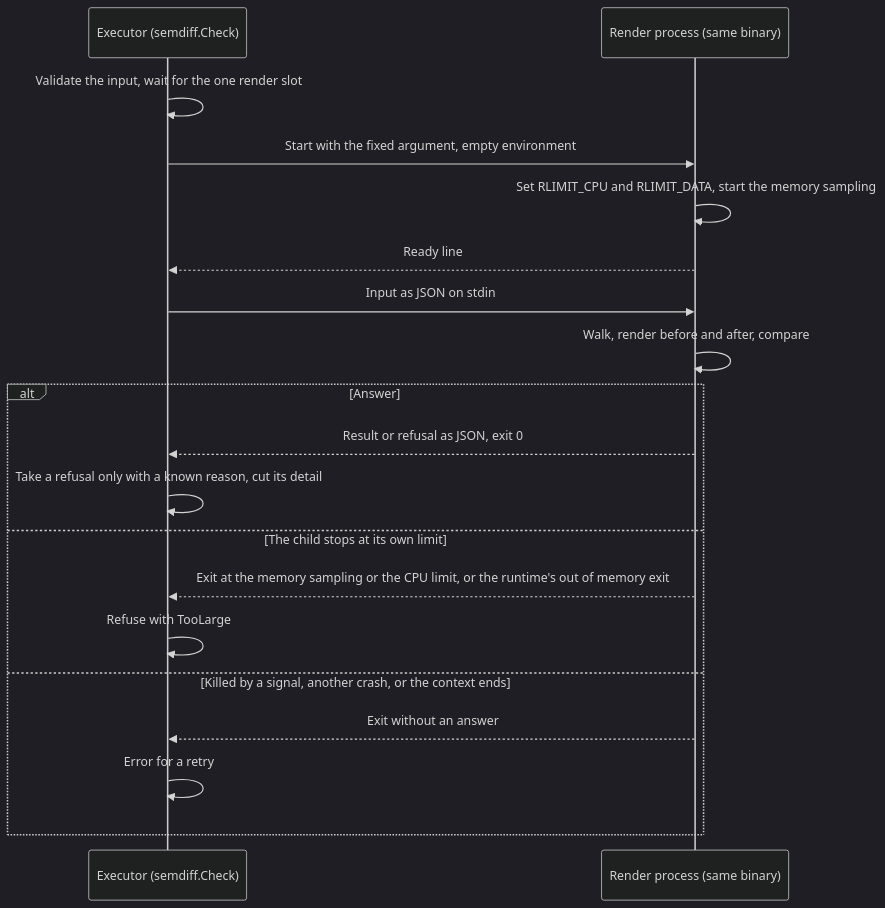
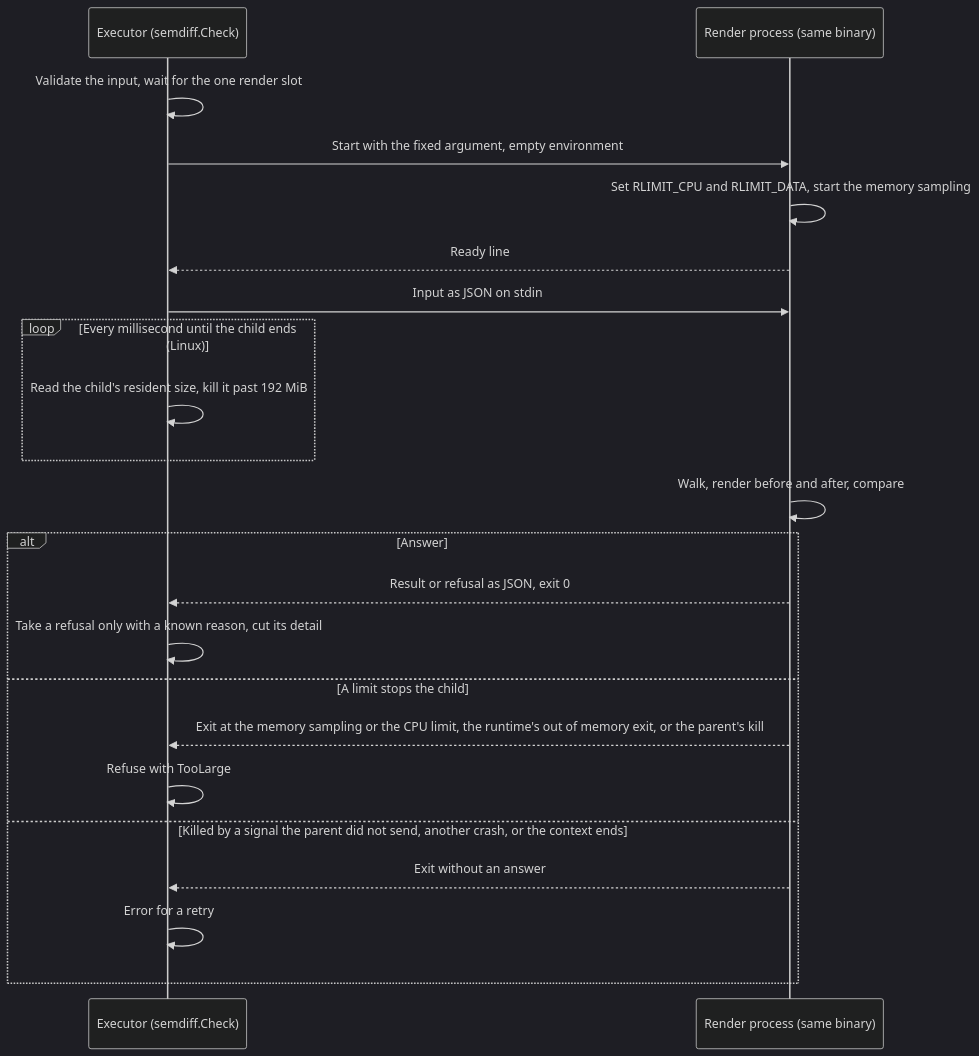
One commit to pkalin/shadewright changed the diagram in docs/adr/0035-render-check-in-a-limited-child-process.md. Above: the diagram before and after it, drawn with Mermaid (dark theme). The commit also changed other lines of this file and 21 other files, not shown here.

````diff
--- a/docs/adr/0035-render-check-in-a-limited-child-process.md
+++ b/docs/adr/0035-render-check-in-a-limited-child-process.md
@@ -28,21 +30,24 @@
 ```mermaid
 sequenceDiagram
     participant E as Executor (semdiff.Check)
     participant C as Render process (same binary)
     E->>E: Validate the input, wait for the one render slot
     E->>C: Start with the fixed argument, empty environment
     C->>C: Set RLIMIT_CPU and RLIMIT_DATA, start the memory sampling
     C-->>E: Ready line
     E->>C: Input as JSON on stdin
+    loop Every millisecond until the child ends (Linux)
+        E->>E: Read the child's resident size, kill it past 192 MiB
+    end
     C->>C: Walk, render before and after, compare
     alt Answer
         C-->>E: Result or refusal as JSON, exit 0
         E->>E: Take a refusal only with a known reason, cut its detail
-    else The child stops at its own limit
-        C-->>E: Exit at the memory sampling or the CPU limit, or the runtime's out of memory exit
+    else A limit stops the child
+        C-->>E: Exit at the memory sampling or the CPU limit, the runtime's out of memory exit, or the parent's kill
         E->>E: Refuse with TooLarge
-    else Killed by a signal, another crash, or the context ends
+    else Killed by a signal the parent did not send, another crash, or the context ends
         C-->>E: Exit without an answer
         E->>E: Error for a retry
     end
 ```
````
